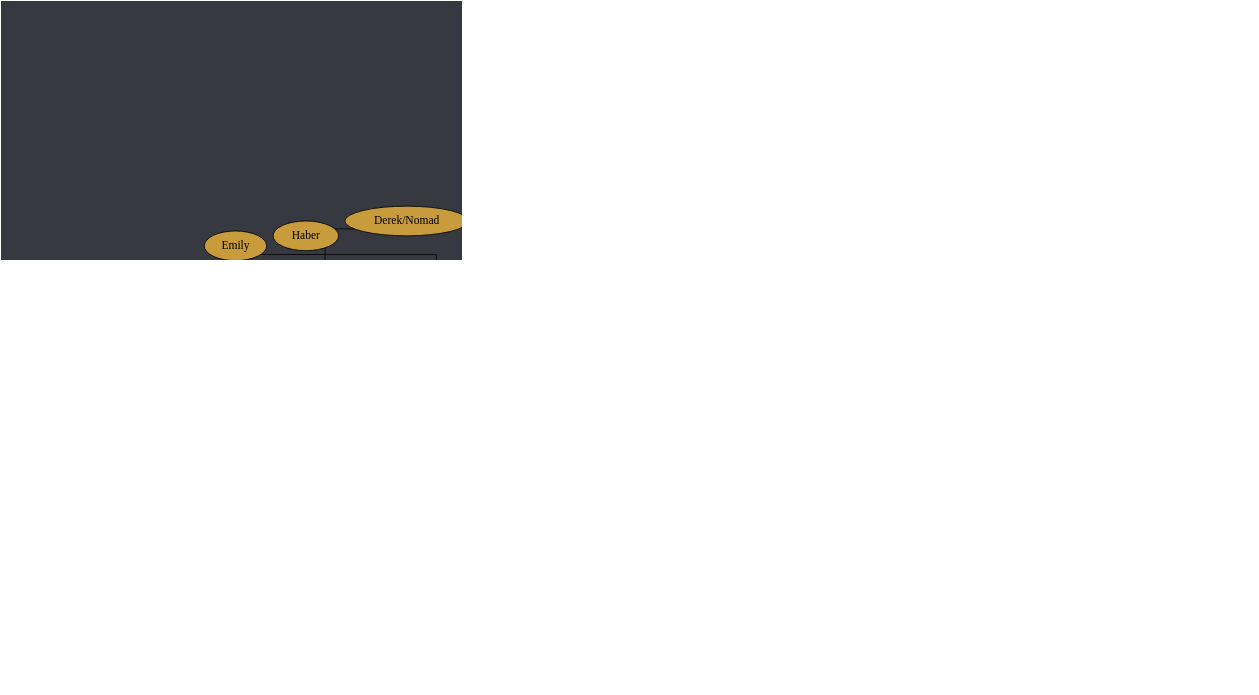
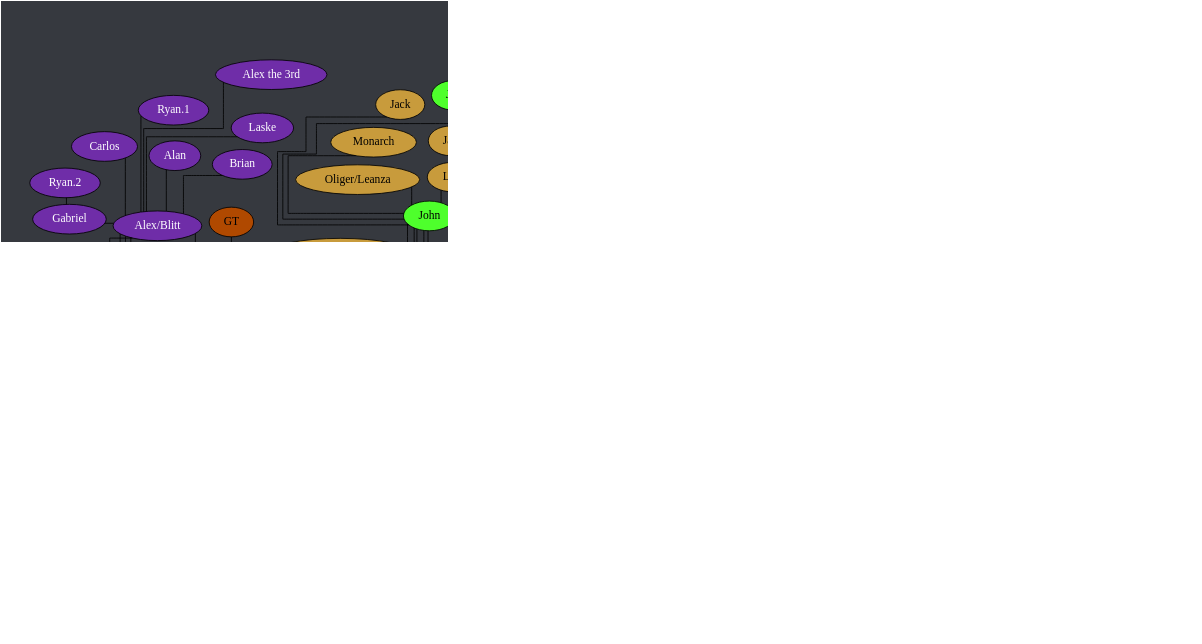
The diagram in tree.dot (Documidas/CoronaCatzFamilyTree), drawn with Graphviz before and after one commit. The commit also changed 1 other file, not shown here.

Commit message:
Fix Matt conflict

```diff
--- a/tree.dot
+++ b/tree.dot
@@ -1,178 +1,178 @@
 strict graph {
 	// Layout Configuration
 	layout = neato;
 	dpi = 200;
 	epsilon = 0.01;
 	mode = major;
 	model = subset;
 	overlap = false;
 	splines = ortho;
 	start = rand;
 
 	// Visual Configuration
 	graph [ truecolor=true bgcolor="#36393f" ];
 	node [ style=filled fillcolor="gray" fontcolor="black" ];
 
 	subgraph "Joel" {
 		node [ style=filled fillcolor="firebrick4" fontcolor="white" ];
 		Joel [ style=filled fillcolor="gold" fontcolor="black" ];
 
 		Cayla -- "Ali.2";
 		Cayla -- Jonathan;
 		Cayla -- Kate;
 		Cayla -- Ranger;
 		Joel -- Anders;
 		Joel -- Cayla;
 		Joel -- Conner;
 		Joel -- Jared;
 		Joel -- Kat;
 		Joel -- Patrick;
 		Joel -- Steven;
 	}
 
 	subgraph "Anders" {
 		node [ style=filled fillcolor="green4" fontcolor="white" ];
 		// Anders [ style=filled fillcolor="green4" fontcolor="white" ];
 
 		Anders -- Chiara;
 		Anders -- Cody;
 		Anders -- Daniel;
 		Anders -- "Derek/Yaupon";
 		Anders -- DJ;
 		Anders -- Hahnur;
 		Anders -- Jen;
-		Anders -- Matt;
+		Anders -- "Matt.2";
 		Anders -- Solis;
 		Anders -- Will;
 		Anders -- Wyatt;
 		Anders -- Zach;
 	}
 
 	subgraph "Jared" {
 		node [ style=filled fillcolor="royalblue" fontcolor="black" ];
 		// Jared [ style=filled fillcolor="royalblue" fontcolor="black" ];
 
 		Andrew -- Hannah;
 		Cole -- "Shadia/SJ";
 		Dave -- Everett;
 		Donnie -- Bryan;
 		Donnie -- Troy;
 		Greg -- "Ali.1";
 		Greg -- Andrew;
 		Greg -- Carter;
 		Greg -- "John Boi";
 		Greg -- Tails;
 		Greg -- Tanyon;
 		Hannah -- Raana;
 		Jared -- Brandi;
 		Jared -- Dave;
 		Jared -- Donnie;
 		Jared -- Fabi;
 		Jared -- "Jack.2";
 		Jared -- Cole;
 		Jared -- Fitz;
 		Jared -- Kamon;
 		Jared -- Greg;
 		Jared -- Isabelle;
 		Jared -- Mason;
-		Jared -- Matt;
+		Jared -- "Matt.1";
 		Jared -- Mehmet;
 		Jared -- Nam;
 		Jared -- Shannon;
 		Jared -- Spencer;
 		Jared -- Tyler;
 		Jared -- "Zach/Laniakea";
 		Jared -- "Zöe";
 		Troy -- Drake;
 		Tyler -- Gaby;
 		"Zöe" -- Jasper;
 	}
 
 	subgraph "Zach/Laniakea" {
 		node [ style=filled fillcolor="#4eff2c" fontcolor="black" ];
 		// "Zach/Laniakea" [ style=filled fillcolor="#4eff2c" fontcolor="black" ];
 
 		"Caio.2" -- "Kyle.1";
 		"Caio.2" -- Lucas;
 		Kuri -- Drew;
 		Kuri -- Jon;
 		Kuri -- Karma;
 		"Ryan/Wenger" -- Gracie;
 		"Zach/Laniakea" -- Allen;
 		"Zach/Laniakea" -- "Caio.2";
 		"Zach/Laniakea" -- Colin;
 		"Zach/Laniakea" -- John;
 		"Zach/Laniakea" -- Logan;
 		"Zach/Laniakea" -- Kevin;
 		"Zach/Laniakea" -- Kuri;
 		"Zach/Laniakea" -- "Kyle.0";
 		"Zach/Laniakea" -- Mike;
 		"Zach/Laniakea" -- "Ryan/Wenger";
 		"Zach/Laniakea" -- "Ukko";
 	}
 
 	subgraph "John" {
 		node [ style=filled fillcolor="#c89b3c" fontcolor="black" ];
 		// John [ style=filled fillcolor="#c89b3c" fontcolor="black" ];
 
 		Haber -- "Derek/Nomad";
 		John -- Anna;
 		John -- Emily;
 		John -- Haber;
 		John -- Jay;
 		John -- Jack;
 		John -- Lara;
 		John -- Monarch;
 		John -- "Oliger/Leanza";
 		John -- Thomas;
 	}
 
 	subgraph "John-stream" {
 		// node [ style=filled fillcolor="#9147ff" fontcolor="black" ];
 		node [ style=filled fillcolor="#c89b3c" fontcolor="black" ];
 
 		John -- "Michael/Wheezy";
 	}
 
 	subgraph "Thomas" {
 		node [ style=filled fillcolor="#b04900" fontcolor="black" ];
 		// Thomas [ style=filled fillcolor="#b04900" fontcolor="black" ];
 
 		Thomas -- Alex;
 		Thomas -- Bob;
 		Thomas -- JD;
 		Thomas -- Josh;
 		Thomas -- Juan;
 		Thomas -- Michael;
 		Thomas -- Taylor;
 		Thomas -- Tony;
 		Thomas -- "Travis.1";
 		Thomas -- "Travis.2";
 		Tony -- GT;
 	}
 
 	subgraph "Alex" {
 		node [ style=filled fillcolor="#6f2da8" fontcolor="white" ];
 		// Alex [ style=filled fillcolor="#6f2da8" fontcolor="black" ];
 
 		Alex -- "Alex/Blitt";
 		Alex -- "Da'Von";
 		Alex -- Sam;
 		"Alex/Blitt" -- Alan;
 		"Alex/Blitt" -- "Alex the 3rd";
 		"Alex/Blitt" -- Brian;
 		"Alex/Blitt" -- Carlos;
 		"Alex/Blitt" -- Chris;
 		"Alex/Blitt" -- Frank;
 		"Alex/Blitt" -- Gabriel;
 		"Alex/Blitt" -- "Kyle.3";
 		"Alex/Blitt" -- Laske;
 		"Alex/Blitt" -- "Ryan.1";
 		"Alex/Blitt" -- "Sam.2";
 		"Da'Von" -- Dalton;
 		"Da'Von" -- Dalyn;
 		"Da'Von" -- Zeller;
 		Dalton -- Graysen;
 		Gabriel -- "Ryan.2";
 	}
 }
```
